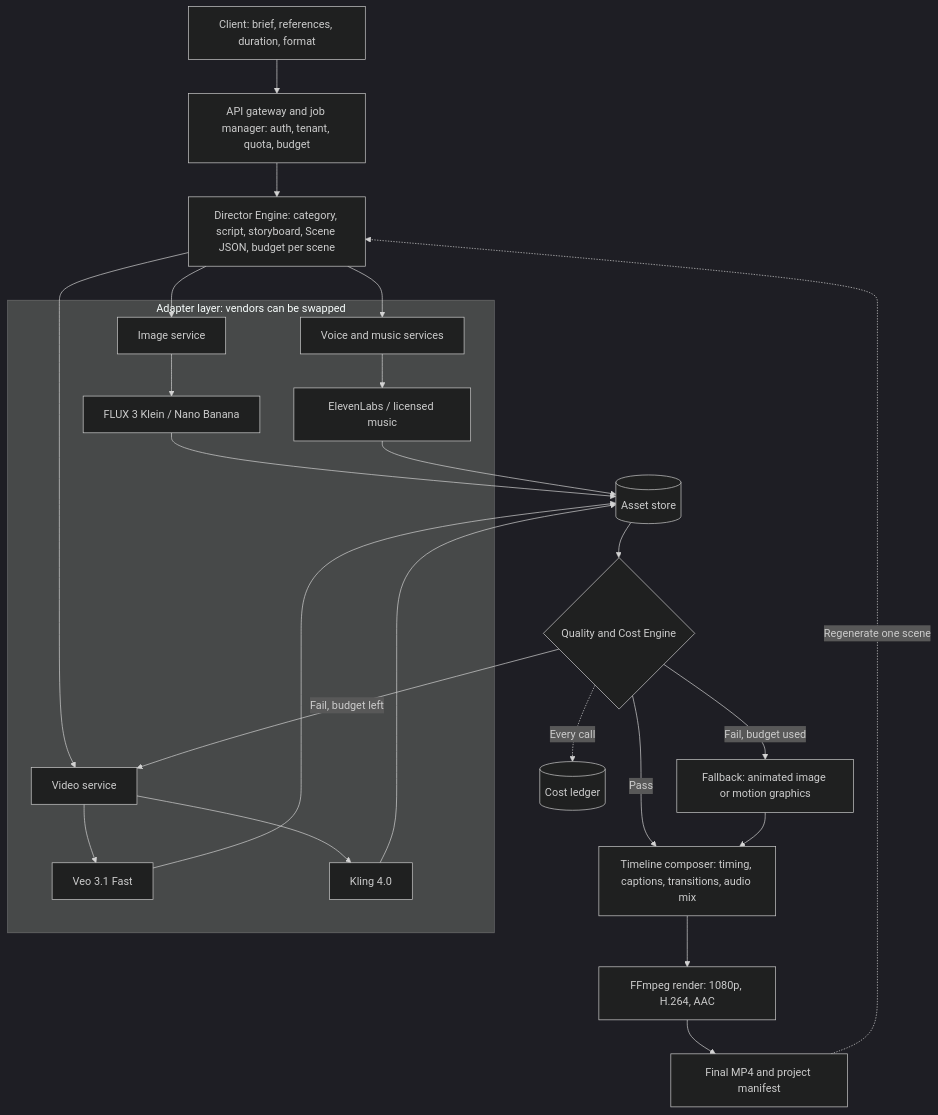
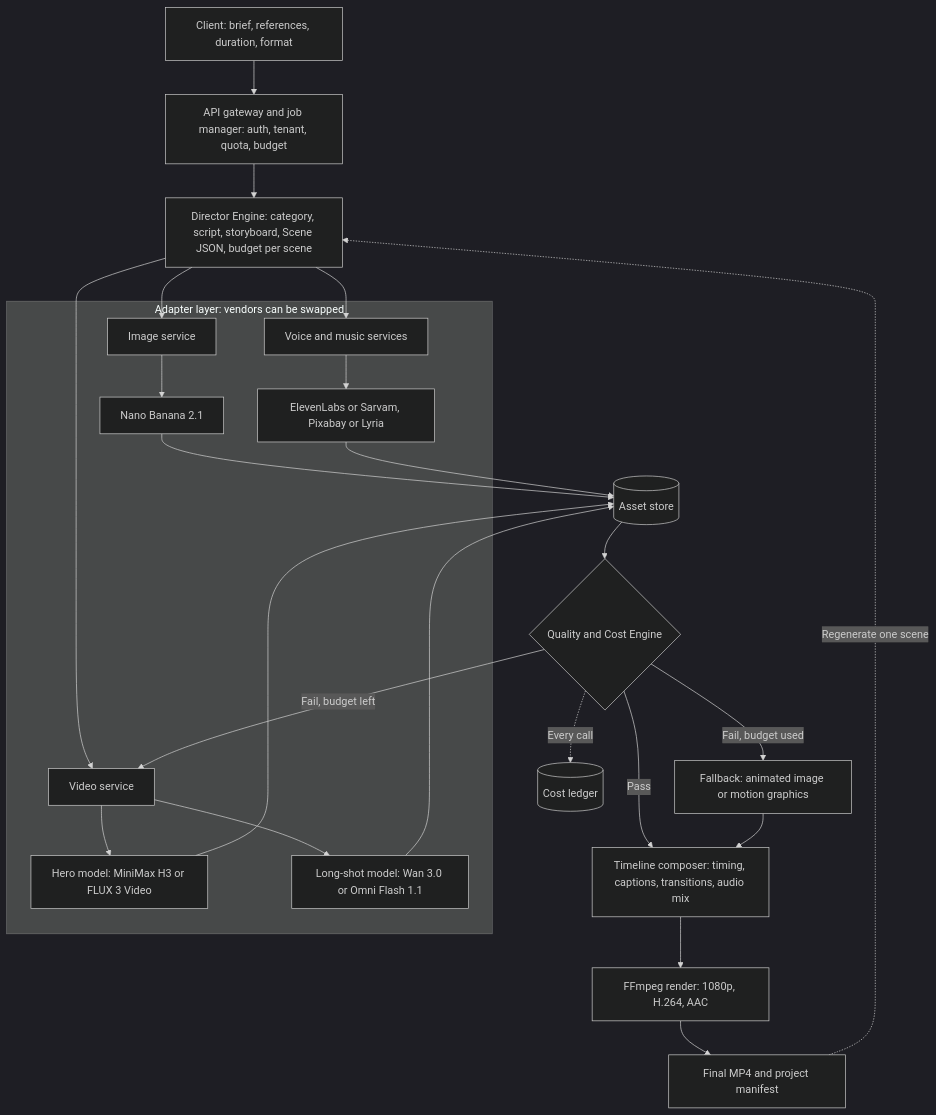
Before and after one commit to jainnishant779/synquic_project1: the diagram in diagrams/src/07-hybrid-architecture.mmd, drawn with Mermaid (dark theme). The commit also changed 344 other files, not shown here.

```diff
--- a/diagrams/src/07-hybrid-architecture.mmd
+++ b/diagrams/src/07-hybrid-architecture.mmd
@@ -1,25 +1,25 @@
 flowchart TB
     U[Client: brief, references, duration, format] --> G[API gateway and job manager: auth, tenant, quota, budget]
     G --> D[Director Engine: category, script, storyboard, Scene JSON, budget per scene]
     D --> IM[Image service]
     D --> VS[Video service]
     D --> AU[Voice and music services]
     subgraph P[Adapter layer: vendors can be swapped]
-        IM --> I1[FLUX 3 Klein / Nano Banana]
-        VS --> V1[Veo 3.1 Fast]
-        VS --> V2[Kling 4.0]
-        AU --> A1[ElevenLabs / licensed music]
+        IM --> I1[Nano Banana 2.1]
+        VS --> V1[Hero model: MiniMax H3 or FLUX 3 Video]
+        VS --> V2[Long-shot model: Wan 3.0 or Omni Flash 1.1]
+        AU --> A1[ElevenLabs or Sarvam, Pixabay or Lyria]
     end
     I1 --> S[(Asset store)]
     V1 --> S
     V2 --> S
     A1 --> S
     S --> Q{Quality and Cost Engine}
     Q -- Pass --> T[Timeline composer: timing, captions, transitions, audio mix]
     Q -- Fail, budget left --> VS
     Q -- Fail, budget used --> F[Fallback: animated image or motion graphics]
     F --> T
     T --> R[FFmpeg render: 1080p, H.264, AAC]
     R --> O[Final MP4 and project manifest]
     O -. Regenerate one scene .-> D
     Q -. Every call .-> L[(Cost ledger)]
```
